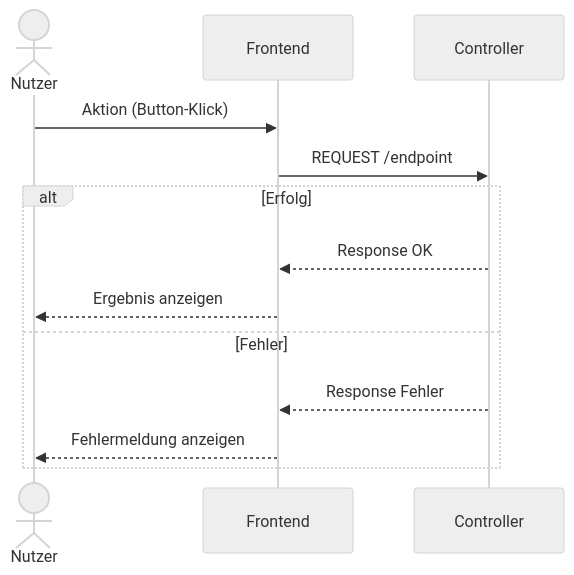
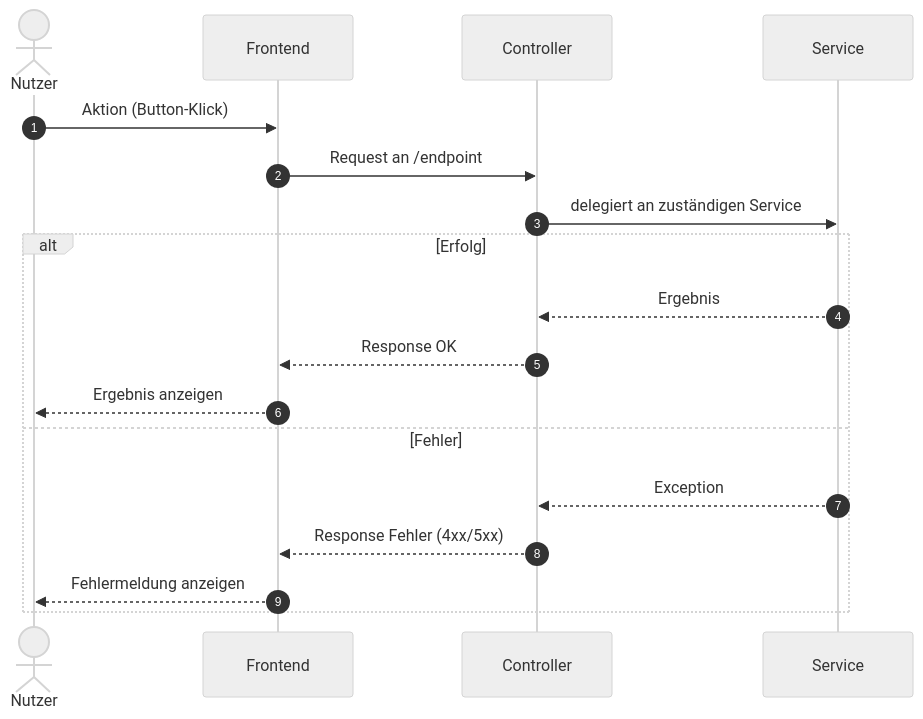
Before and after one commit to PatilYash0110/THMarket: the diagram in docs/arch/diagrams-code/a06-laufzeitdiagramm_allgemeiner_ablauf.mmd, drawn with Mermaid (neutral theme).

Commit message:
docs(arch): update Laufzeitdiagramm allgemeiner Ablauf

```diff
--- a/docs/arch/diagrams-code/a06-laufzeitdiagramm_allgemeiner_ablauf.mmd
+++ b/docs/arch/diagrams-code/a06-laufzeitdiagramm_allgemeiner_ablauf.mmd
@@ -1,14 +1,18 @@
-%% Abbildung 11: Laufzeitsicht - Allgemeiner Ablauf
 sequenceDiagram
+    autonumber
     actor U as Nutzer
     participant FE as Frontend
     participant C as Controller
+    participant S as Service
     U->>FE: Aktion (Button-Klick)
-    FE->>C: REQUEST /endpoint
+    FE->>C: Request an /endpoint
+    C->>S: delegiert an zuständigen Service
     alt Erfolg
+        S-->>C: Ergebnis
         C-->>FE: Response OK
         FE-->>U: Ergebnis anzeigen
     else Fehler
-        C-->>FE: Response Fehler
+        S-->>C: Exception
+        C-->>FE: Response Fehler (4xx/5xx)
         FE-->>U: Fehlermeldung anzeigen
     end
```
